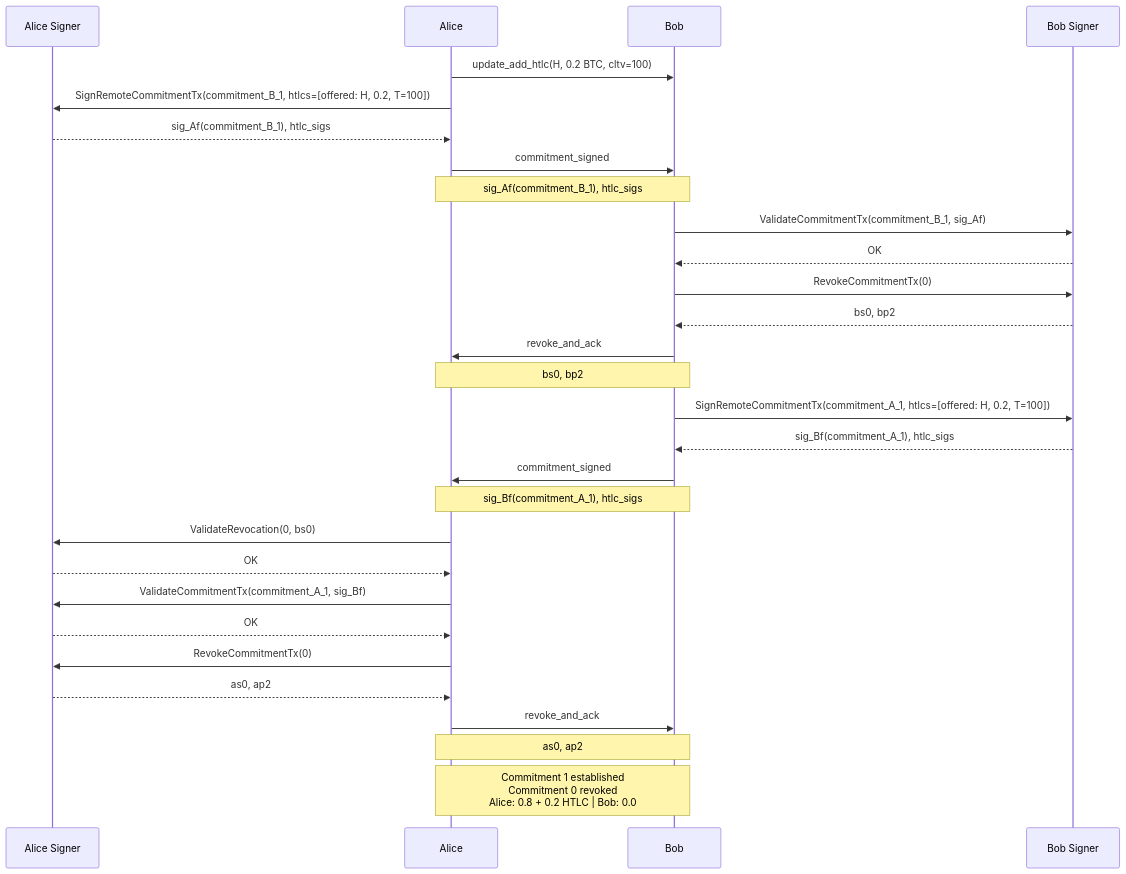
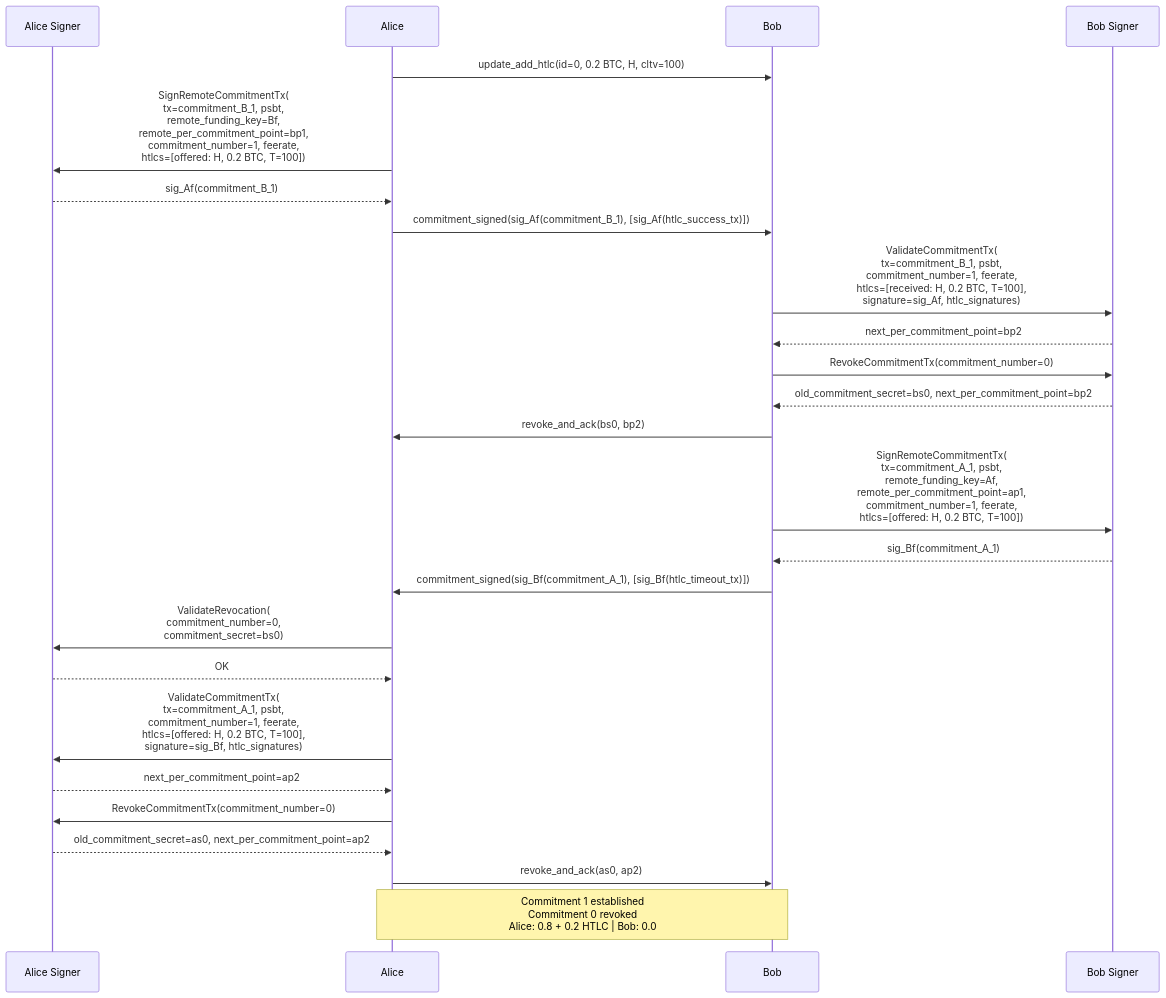
One commit to dukeh3/vls-arch changed the second of 4 diagrams in current/01-alice-pays-bob.md. Above: the diagram before and after it, drawn with Mermaid. The commit also changed other lines of this file and 4 other files, not shown here.

First line of the commit message:
Add challenges doc, inline params in all diagrams, expand redundancy analysis

````diff
--- a/current/01-alice-pays-bob.md
+++ b/current/01-alice-pays-bob.md
@@ -145,44 +197,40 @@
 ```mermaid
 sequenceDiagram
     participant SignerA as Alice Signer
     participant Alice
     participant Bob
     participant SignerB as Bob Signer
 
-    Alice->>Bob: update_add_htlc(H, 0.2 BTC, cltv=100)
+    Alice->>Bob: update_add_htlc(id=0, 0.2 BTC, H, cltv=100)
 
-    Alice->>SignerA: SignRemoteCommitmentTx(commitment_B_1, htlcs=[offered: H, 0.2, T=100])
-    SignerA-->>Alice: sig_Af(commitment_B_1), htlc_sigs
+    Alice->>SignerA: SignRemoteCommitmentTx(<br/>tx=commitment_B_1, psbt,<br/>remote_funding_key=Bf,<br/>remote_per_commitment_point=bp1,<br/>commitment_number=1, feerate,<br/>htlcs=[offered: H, 0.2 BTC, T=100])
+    SignerA-->>Alice: sig_Af(commitment_B_1)
 
-    Alice->>Bob: commitment_signed
-    Note over Alice, Bob: sig_Af(commitment_B_1), htlc_sigs
+    Alice->>Bob: commitment_signed(sig_Af(commitment_B_1), [sig_Af(htlc_success_tx)])
 
-    Bob->>SignerB: ValidateCommitmentTx(commitment_B_1, sig_Af)
-    SignerB-->>Bob: OK
+    Bob->>SignerB: ValidateCommitmentTx(<br/>tx=commitment_B_1, psbt,<br/>commitment_number=1, feerate,<br/>htlcs=[received: H, 0.2 BTC, T=100],<br/>signature=sig_Af, htlc_signatures)
+    SignerB-->>Bob: next_per_commitment_point=bp2
 
-    Bob->>SignerB: RevokeCommitmentTx(0)
-    SignerB-->>Bob: bs0, bp2
+    Bob->>SignerB: RevokeCommitmentTx(commitment_number=0)
+    SignerB-->>Bob: old_commitment_secret=bs0, next_per_commitment_point=bp2
 
-    Bob->>Alice: revoke_and_ack
-    Note over Alice, Bob: bs0, bp2
+    Bob->>Alice: revoke_and_ack(bs0, bp2)
 
-    Bob->>SignerB: SignRemoteCommitmentTx(commitment_A_1, htlcs=[offered: H, 0.2, T=100])
-    SignerB-->>Bob: sig_Bf(commitment_A_1), htlc_sigs
+    Bob->>SignerB: SignRemoteCommitmentTx(<br/>tx=commitment_A_1, psbt,<br/>remote_funding_key=Af,<br/>remote_per_commitment_point=ap1,<br/>commitment_number=1, feerate,<br/>htlcs=[offered: H, 0.2 BTC, T=100])
+    SignerB-->>Bob: sig_Bf(commitment_A_1)
 
-    Bob->>Alice: commitment_signed
-    Note over Alice, Bob: sig_Bf(commitment_A_1), htlc_sigs
+    Bob->>Alice: commitment_signed(sig_Bf(commitment_A_1), [sig_Bf(htlc_timeout_tx)])
 
-    Alice->>SignerA: ValidateRevocation(0, bs0)
+    Alice->>SignerA: ValidateRevocation(<br/>commitment_number=0,<br/>commitment_secret=bs0)
     SignerA-->>Alice: OK
 
-    Alice->>SignerA: ValidateCommitmentTx(commitment_A_1, sig_Bf)
-    SignerA-->>Alice: OK
+    Alice->>SignerA: ValidateCommitmentTx(<br/>tx=commitment_A_1, psbt,<br/>commitment_number=1, feerate,<br/>htlcs=[offered: H, 0.2 BTC, T=100],<br/>signature=sig_Bf, htlc_signatures)
+    SignerA-->>Alice: next_per_commitment_point=ap2
 
-    Alice->>SignerA: RevokeCommitmentTx(0)
-    SignerA-->>Alice: as0, ap2
+    Alice->>SignerA: RevokeCommitmentTx(commitment_number=0)
+    SignerA-->>Alice: old_commitment_secret=as0, next_per_commitment_point=ap2
 
-    Alice->>Bob: revoke_and_ack
-    Note over Alice, Bob: as0, ap2
+    Alice->>Bob: revoke_and_ack(as0, ap2)
 
     Note over Alice, Bob: Commitment 1 established<br/>Commitment 0 revoked<br/>Alice: 0.8 + 0.2 HTLC | Bob: 0.0
 ```
````
